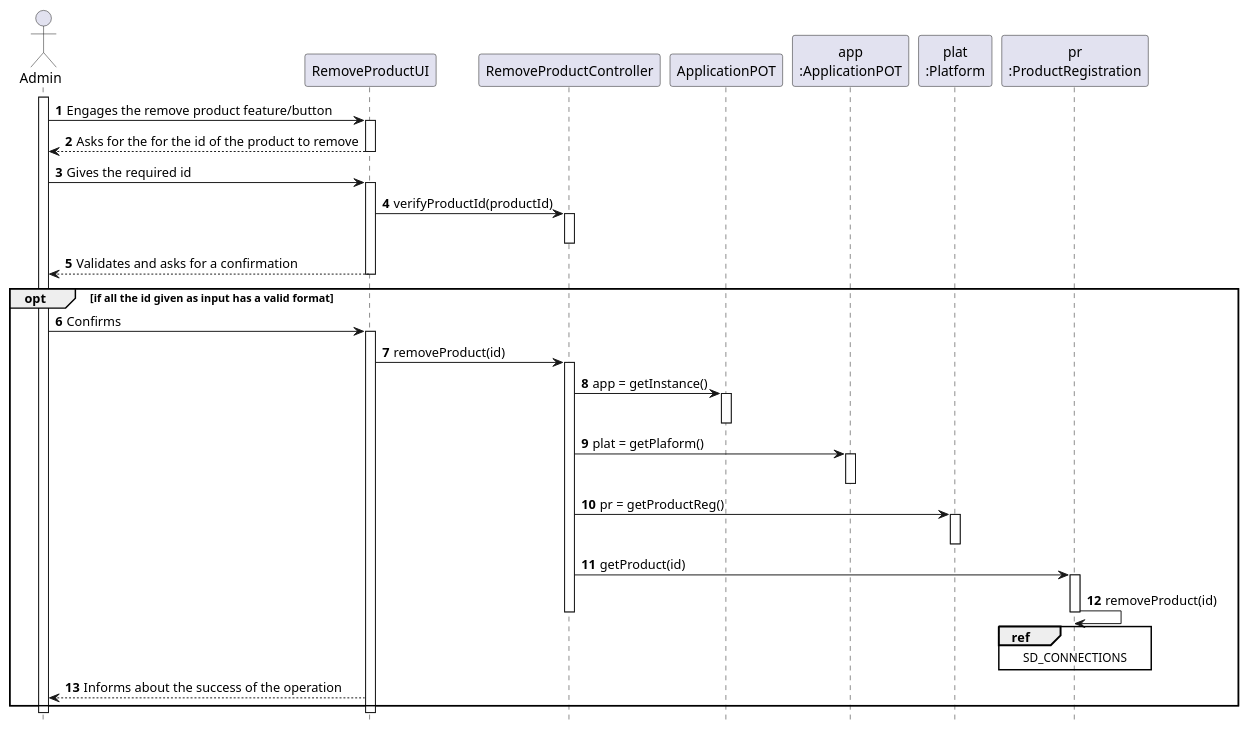
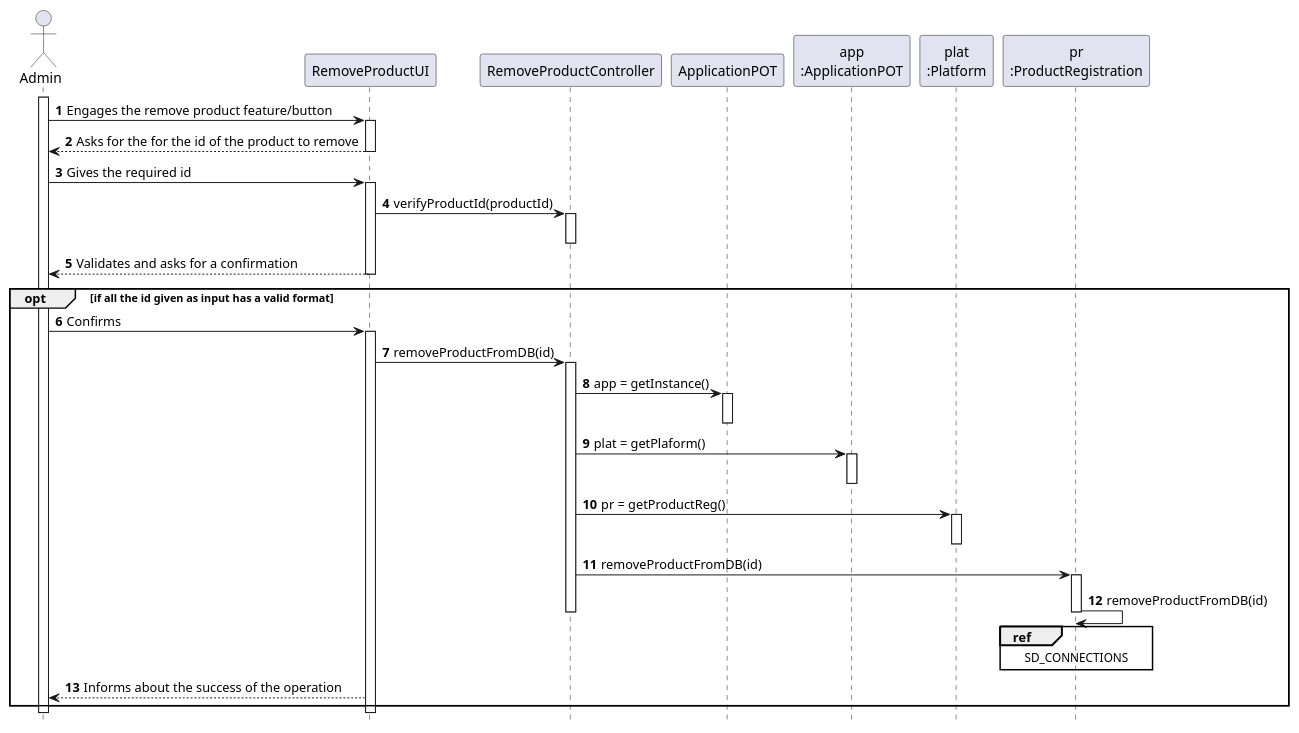
Before and after one commit to tiagoavcosta25/LAPR3: the diagram in docs/Iteration 1/Product Management/US72_RemoveProduct/US72_SD.puml, drawn with PlantUML. The commit also changed 3 other files, not shown here.

```diff
--- a/docs/Iteration 1/Product Management/US72_RemoveProduct/US72_SD.puml
+++ b/docs/Iteration 1/Product Management/US72_RemoveProduct/US72_SD.puml
@@ -1,78 +1,78 @@
 @startuml
 autonumber
 hide footbox
 
 actor "Admin" as U
 
 participant "RemoveProductUI" as UI
 participant "RemoveProductController" as CTRL
 participant "ApplicationPOT" as _APP
 participant "app\n:ApplicationPOT" as APP
 participant "plat\n:Platform" as PLAT
 participant "pr\n:ProductRegistration" as PREG
 
 
 
 activate U
 
 U -> UI : Engages the remove product feature/button
 activate UI
 
 UI --> U : Asks for the for the id of the product to remove
 
 
 deactivate UI
 U -> UI : Gives the required id
 activate UI
 
 
 UI -> CTRL : verifyProductId(productId)
 activate CTRL
 deactivate CTRL
 
 UI --> U : Validates and asks for a confirmation
 deactivate UI
 
 opt if all the id given as input has a valid format
 
 
 U -> UI : Confirms
 activate UI
-UI -> CTRL : removeProduct(id)
+UI -> CTRL : removeProductFromDB(id)
 activate CTRL
 CTRL -> _APP: app = getInstance()
 activate _APP
 deactivate _APP
 
 CTRL -> APP: plat = getPlaform()
 activate APP
 deactivate APP
 CTRL -> PLAT : pr = getProductReg()
 activate PLAT
 deactivate PLAT
 
-CTRL -> PREG : getProduct(id)
+CTRL -> PREG : removeProductFromDB(id)
 activate PREG
 
 
-PREG -> PREG : removeProduct(id)
+PREG -> PREG : removeProductFromDB(id)
 ref over PREG
 SD_CONNECTIONS
 end ref
 
 
 
 
 
 deactivate PREG
 
 
 
 deactivate CTRL
 UI --> U : Informs about the success of the operation
 end opt
 deactivate UI
 deactivate U
 
 
 @enduml
```
